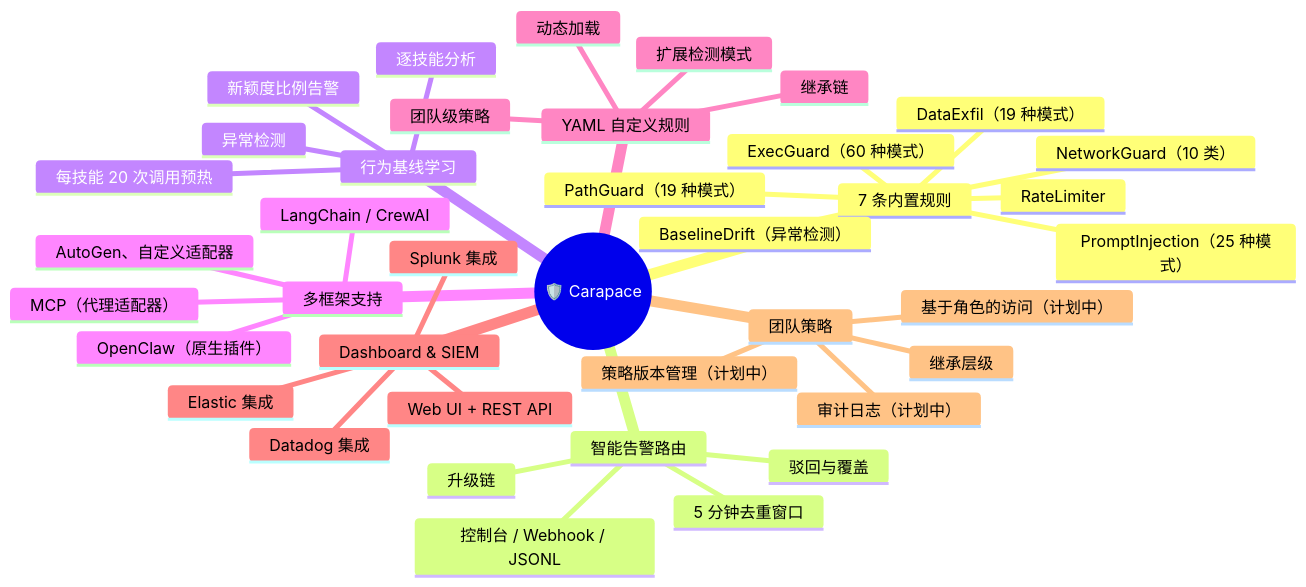
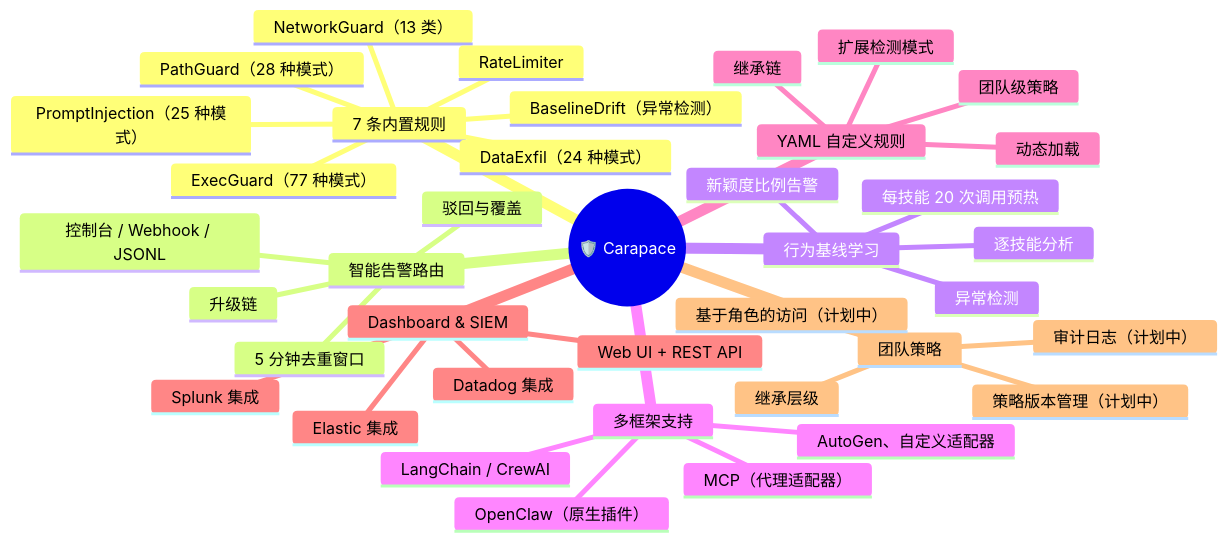
One commit to yeasy/carapace changed the first of 4 diagrams in README.zh-CN.md. Above: the diagram before and after it, drawn with Mermaid. The commit also changed other lines of this file and 8 other files, not shown here.

````diff
--- a/README.zh-CN.md
+++ b/README.zh-CN.md
@@ -69,42 +70,42 @@
 ```mermaid
 mindmap
   root((🛡️ Carapace))
     7 条内置规则
-      ExecGuard（60 种模式）
-      PathGuard（19 种模式）
-      NetworkGuard（10 类）
+      ExecGuard（77 种模式）
+      PathGuard（28 种模式）
+      NetworkGuard（13 类）
       RateLimiter
       PromptInjection（25 种模式）
-      DataExfil（19 种模式）
+      DataExfil（24 种模式）
       BaselineDrift（异常检测）
     智能告警路由
       5 分钟去重窗口
       升级链
       驳回与覆盖
       控制台 / Webhook / JSONL
     行为基线学习
       每技能 20 次调用预热
       逐技能分析
       异常检测
       新颖度比例告警
     多框架支持
       OpenClaw（原生插件）
       MCP（代理适配器）
       LangChain / CrewAI
       AutoGen、自定义适配器
     YAML 自定义规则
       扩展检测模式
       团队级策略
       继承链
       动态加载
     Dashboard & SIEM
       Web UI + REST API
       Splunk 集成
       Elastic 集成
       Datadog 集成
     团队策略
       继承层级
       基于角色的访问（计划中）
       策略版本管理（计划中）
       审计日志（计划中）
 ```
````
